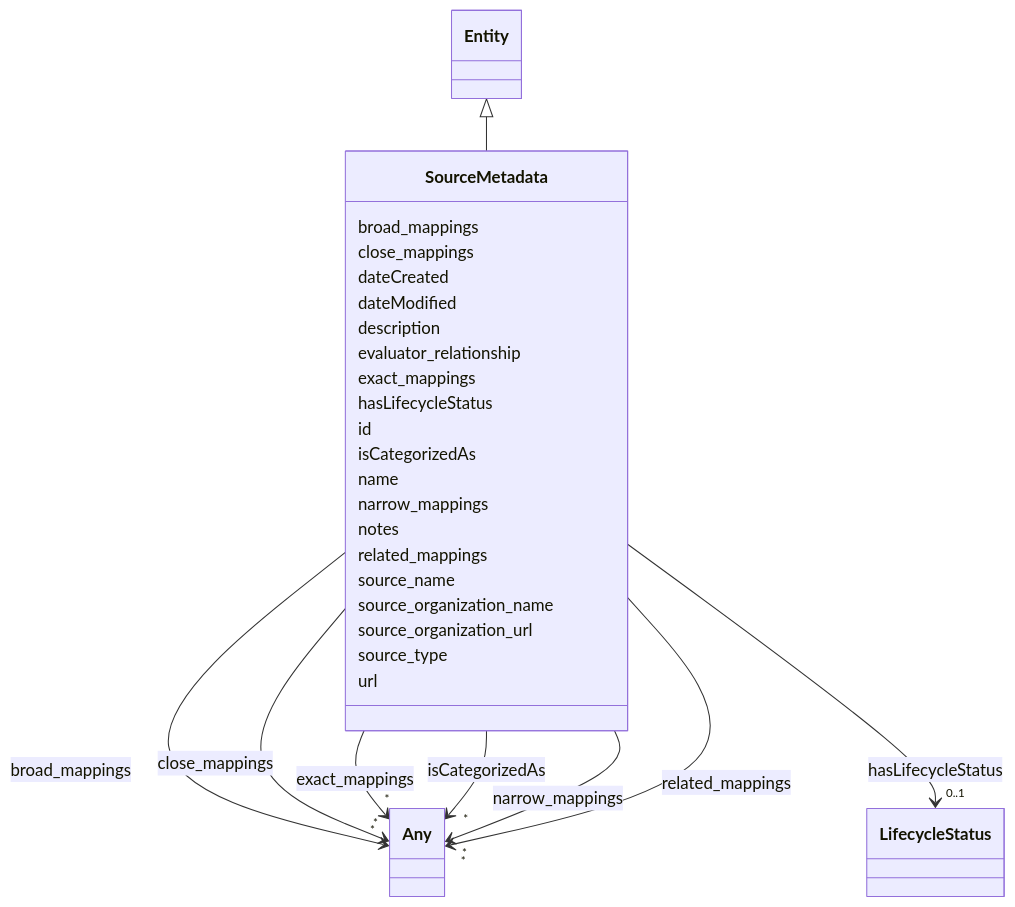
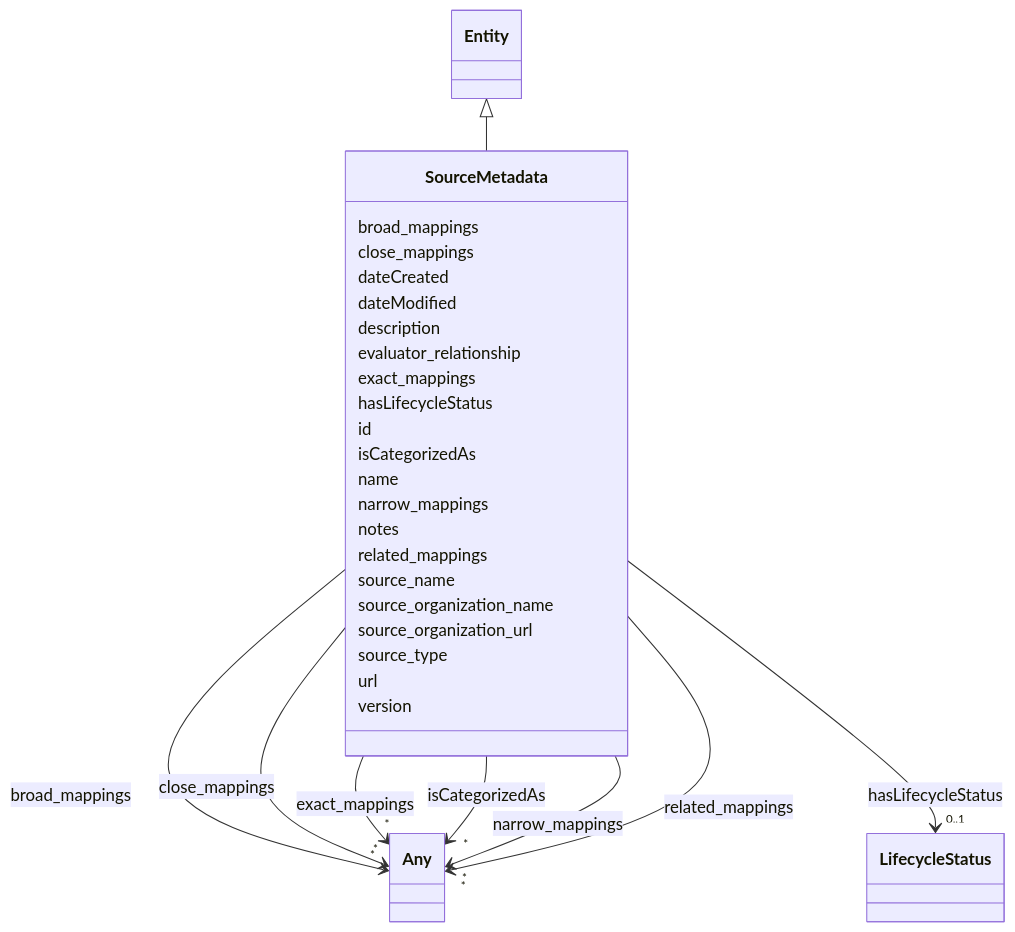
One commit to IBM/ai-atlas-nexus changed the diagram in docs/ontology/SourceMetadata.md. Above: the diagram before and after it, drawn with Mermaid. The commit also changed other lines of this file and 101 other files, not shown here.

````diff
--- a/docs/ontology/SourceMetadata.md
+++ b/docs/ontology/SourceMetadata.md
@@ -119,5 +119,7 @@
 
       SourceMetadata : url
 
+      SourceMetadata : version
+
 
 ```
````
